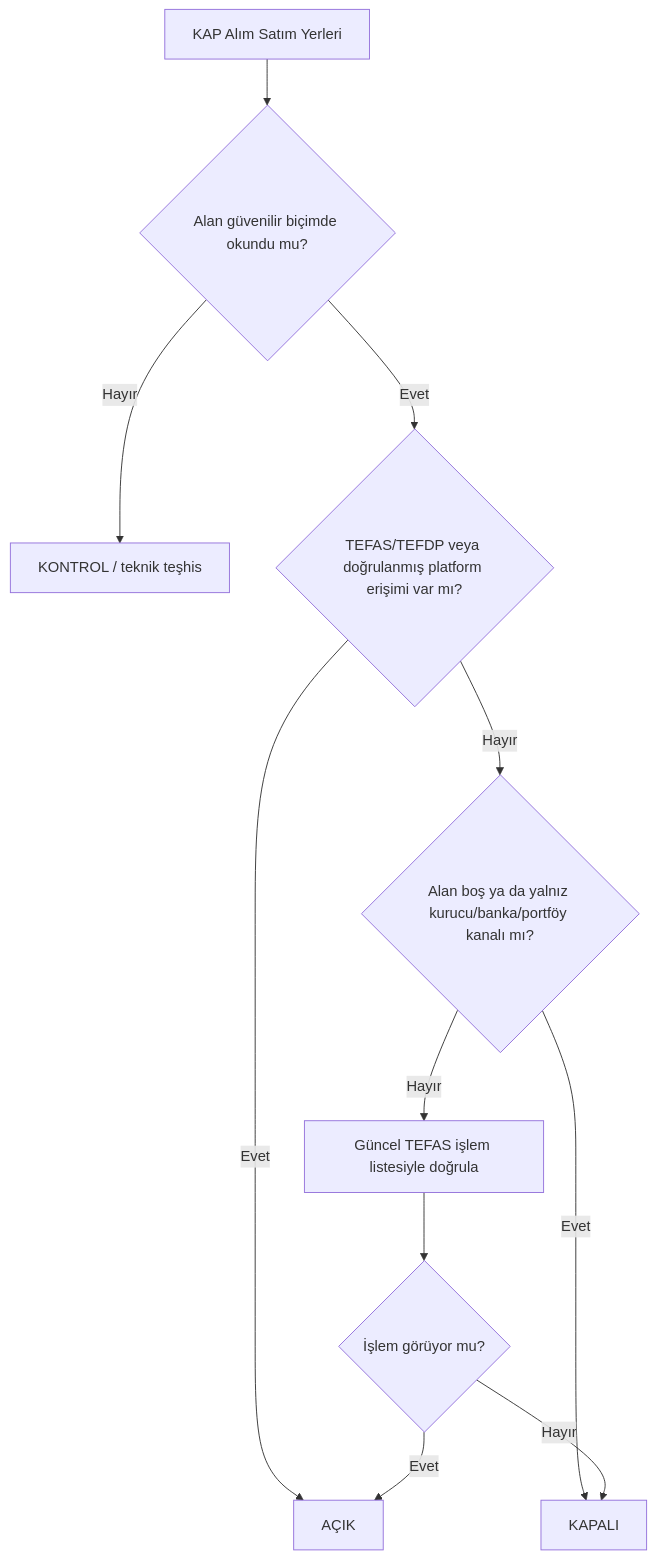
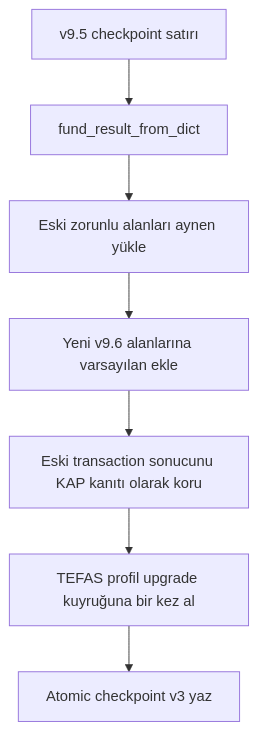
One commit to egemenkarabulut/PiyasaNabzi-KAP-YAT changed the tenth of 19 diagrams in README.md. Above: the diagram before and after it, drawn with Mermaid. The commit also changed other lines of this file and 8 other files, not shown here.

````diff
--- a/README.md
+++ b/README.md
@@ -325,13 +413,9 @@
 ```mermaid
 flowchart TD
-    A["KAP Alım Satım Yerleri"] --> B{"Alan güvenilir biçimde okundu mu?"}
-    B -- "Hayır" --> C["KONTROL / teknik teşhis"]
-    B -- "Evet" --> D{"TEFAS/TEFDP veya doğrulanmış platform erişimi var mı?"}
-    D -- "Evet" --> E["AÇIK"]
-    D -- "Hayır" --> F{"Alan boş ya da yalnız kurucu/banka/portföy kanalı mı?"}
-    F -- "Evet" --> G["KAPALI"]
-    F -- "Hayır" --> H["Güncel TEFAS işlem listesiyle doğrula"]
-    H --> I{"İşlem görüyor mu?"}
-    I -- "Evet" --> E
-    I -- "Hayır" --> G
+    A["v9.5 checkpoint satırı"] --> B["fund_result_from_dict"]
+    B --> C["Eski zorunlu alanları aynen yükle"]
+    C --> D["Yeni v9.6 alanlarına varsayılan ekle"]
+    D --> E["Eski transaction sonucunu KAP kanıtı olarak koru"]
+    E --> F["TEFAS profil upgrade kuyruğuna bir kez al"]
+    F --> G["Atomic checkpoint v3 yaz"]
 ```
````
